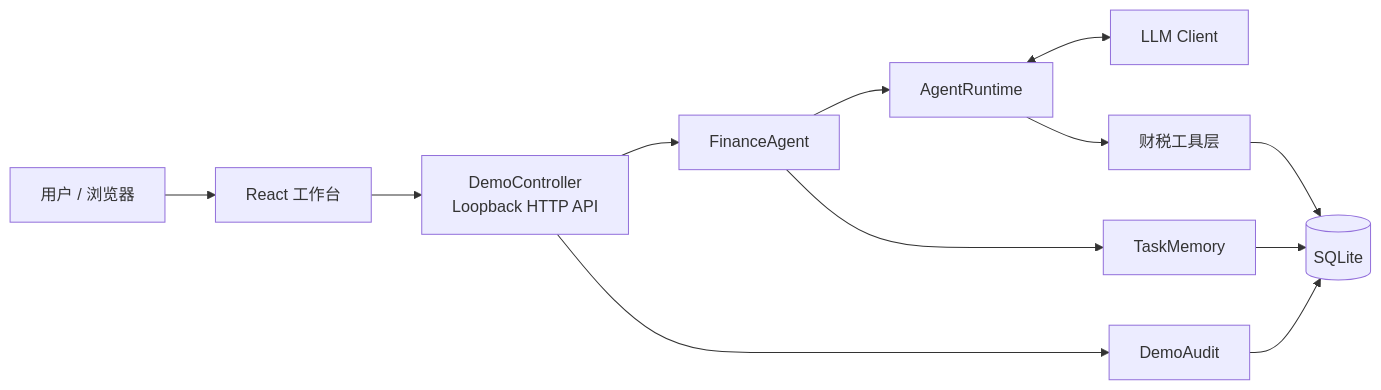
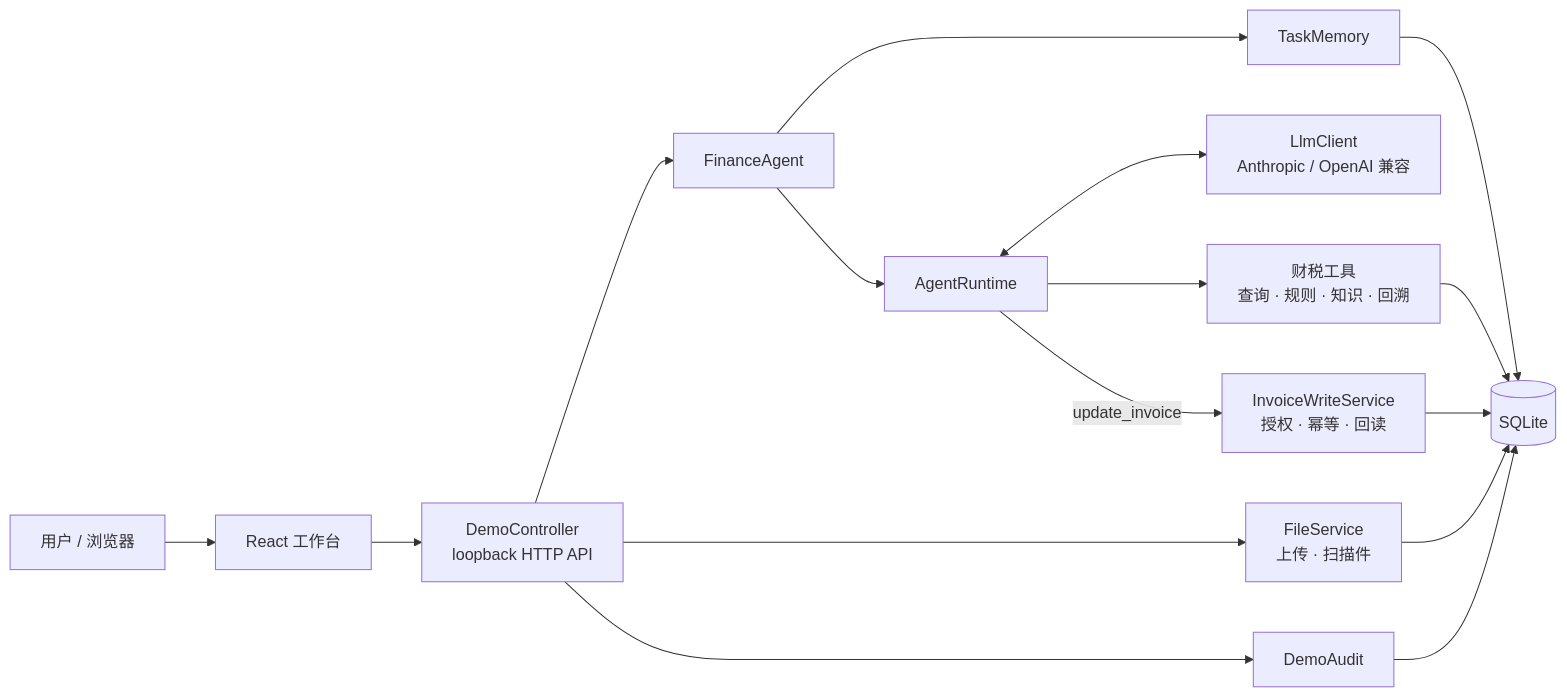
One commit to SuperGh2233/tax-agent-harness changed the diagram in README.md. Above: the diagram before and after it, drawn with Mermaid. The commit also changed other lines of this file and 5 other files, not shown here.

````diff
--- a/README.md
+++ b/README.md
@@ -46,14 +48,18 @@
 ```mermaid
 flowchart LR
     U[用户 / 浏览器] --> UI[React 工作台]
-    UI --> API[DemoController<br/>Loopback HTTP API]
+    UI --> API[DemoController<br/>loopback HTTP API]
     API --> FA[FinanceAgent]
+    API --> FILES[FileService<br/>上传 · 扫描件]
+    API --> AUDIT[DemoAudit]
+    FA --> MEM[TaskMemory]
     FA --> AR[AgentRuntime]
-    AR <--> LLM[LLM Client]
-    AR --> TOOLS[财税工具层]
-    FA --> MEM[TaskMemory]
-    API --> AUDIT[DemoAudit]
+    AR <--> LLM[LlmClient<br/>Anthropic / OpenAI 兼容]
+    AR --> TOOLS[财税工具<br/>查询 · 规则 · 知识 · 回溯]
+    AR -->|update_invoice| W[InvoiceWriteService<br/>授权 · 幂等 · 回读]
     TOOLS --> DB[(SQLite)]
+    W --> DB
     MEM --> DB
+    FILES --> DB
     AUDIT --> DB
 ```
````
